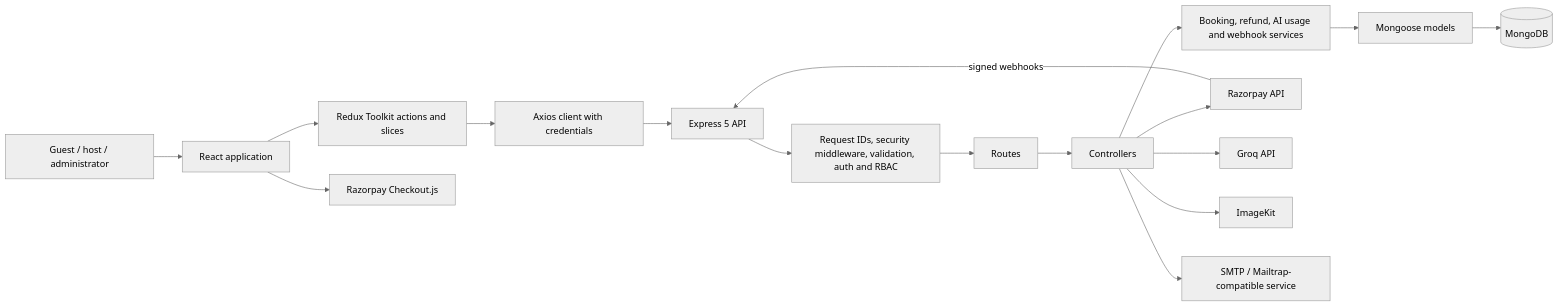
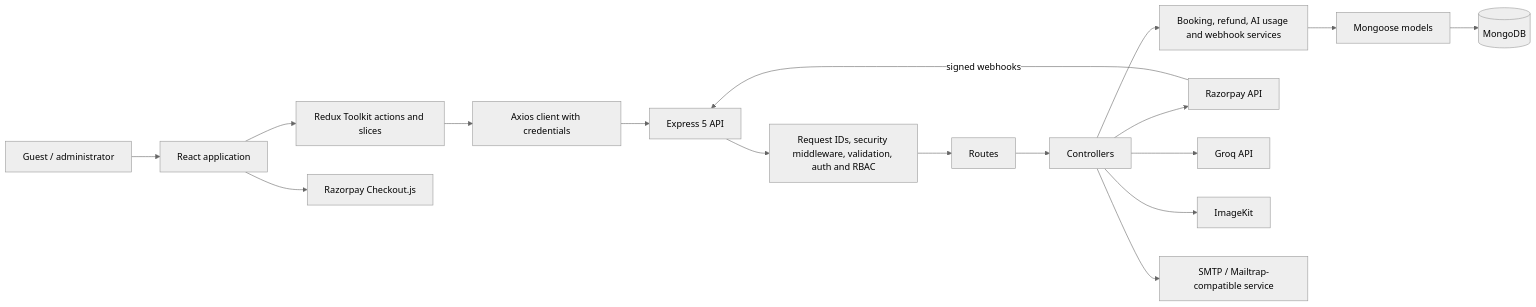
Before and after one commit to asfahana01/HomelyHub: the first of 11 diagrams in README.md, drawn with Mermaid (neutral theme). The commit also changed other lines of this file, not shown here.

````diff
--- a/README.md
+++ b/README.md
@@ -49,19 +49,19 @@
 ```mermaid
 flowchart LR
-  Guest[Guest / host / administrator] --> Browser[React application]
+  Guest[Guest / administrator] --> Browser[React application]
   Browser --> Redux[Redux Toolkit actions and slices]
   Redux --> Axios[Axios client with credentials]
   Axios --> API[Express 5 API]
   API --> Middleware[Request IDs, security middleware, validation, auth and RBAC]
   Middleware --> Routes[Routes]
   Routes --> Controllers[Controllers]
   Controllers --> Services[Booking, refund, AI usage and webhook services]
   Services --> Models[Mongoose models]
   Models --> Mongo[(MongoDB)]
   Browser --> Checkout[Razorpay Checkout.js]
   Controllers --> Razorpay[Razorpay API]
   Razorpay -->|signed webhooks| API
   Controllers --> Groq[Groq API]
   Controllers --> ImageKit[ImageKit]
   Controllers --> Mail[SMTP / Mailtrap-compatible service]
 ```
````
